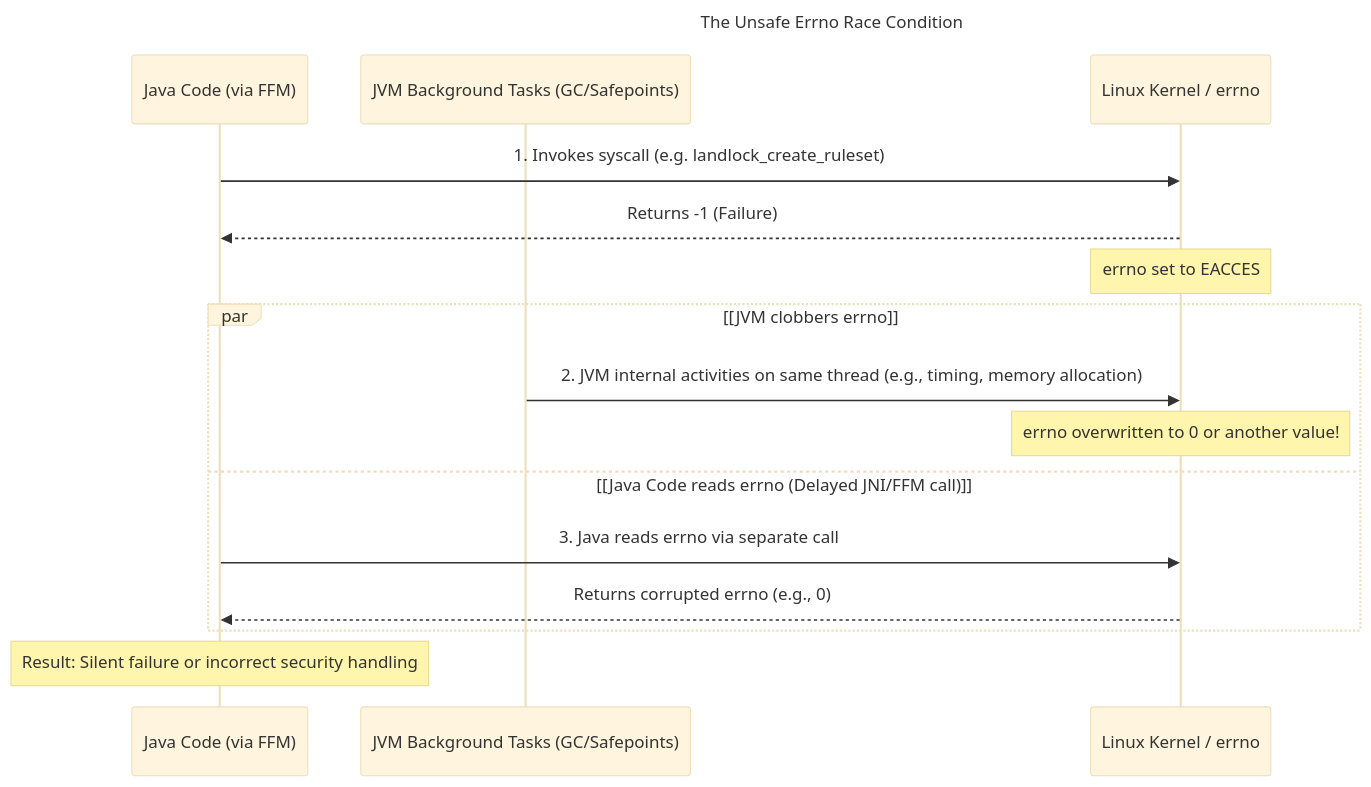
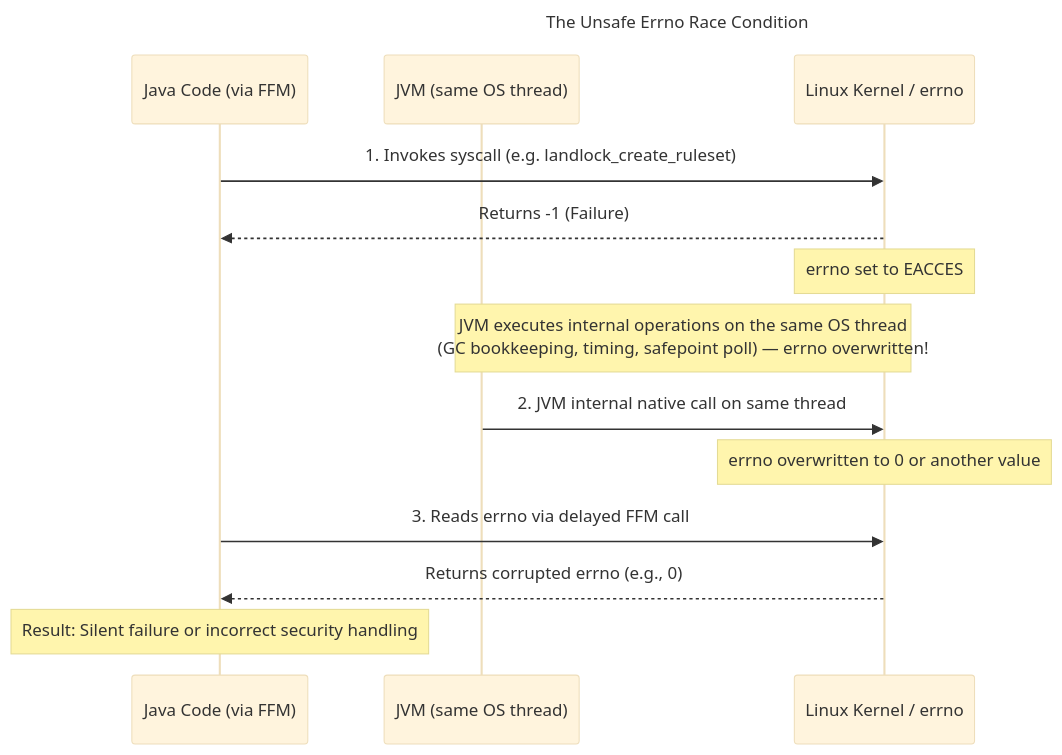
Before and after one commit to Pilleo/jseccomp: the first of 4 diagrams in docs/presentation/article3-enforcement.md, drawn with Mermaid (base theme). The commit also changed other lines of this file and 4 other files, not shown here.

Commit message:
docs: update architectural diagrams and documentation for thread-level enforcement and isolation patterns

````diff
--- a/docs/presentation/article3-enforcement.md
+++ b/docs/presentation/article3-enforcement.md
@@ -67,23 +67,22 @@
 ```mermaid
 ---
 title: "The Unsafe Errno Race Condition"
 ---
 sequenceDiagram
     participant JavaCode as Java Code (via FFM)
-    participant JVM as JVM Background Tasks (GC/Safepoints)
+    participant JVM as JVM (same OS thread)
     participant OS as Linux Kernel / errno
     
     JavaCode->>OS: 1. Invokes syscall (e.g. landlock_create_ruleset)
     OS-->>JavaCode: Returns -1 (Failure)
     Note over OS: errno set to EACCES
     
-    par [JVM clobbers errno]
-        JVM->>OS: 2. JVM internal activities on same thread (e.g., timing, memory allocation)
-        Note over OS: errno overwritten to 0 or another value!
-    and [Java Code reads errno (Delayed JNI/FFM call)]
-        JavaCode->>OS: 3. Java reads errno via separate call
-        OS-->>JavaCode: Returns corrupted errno (e.g., 0)
-    end
+    Note over JVM,OS: JVM executes internal operations on the same OS thread<br/>(GC bookkeeping, timing, safepoint poll) — errno overwritten!
+    JVM->>OS: 2. JVM internal native call on same thread
+    Note over OS: errno overwritten to 0 or another value
+    
+    JavaCode->>OS: 3. Reads errno via delayed FFM call
+    OS-->>JavaCode: Returns corrupted errno (e.g., 0)
     
     Note over JavaCode: Result: Silent failure or incorrect security handling
 ```
````
